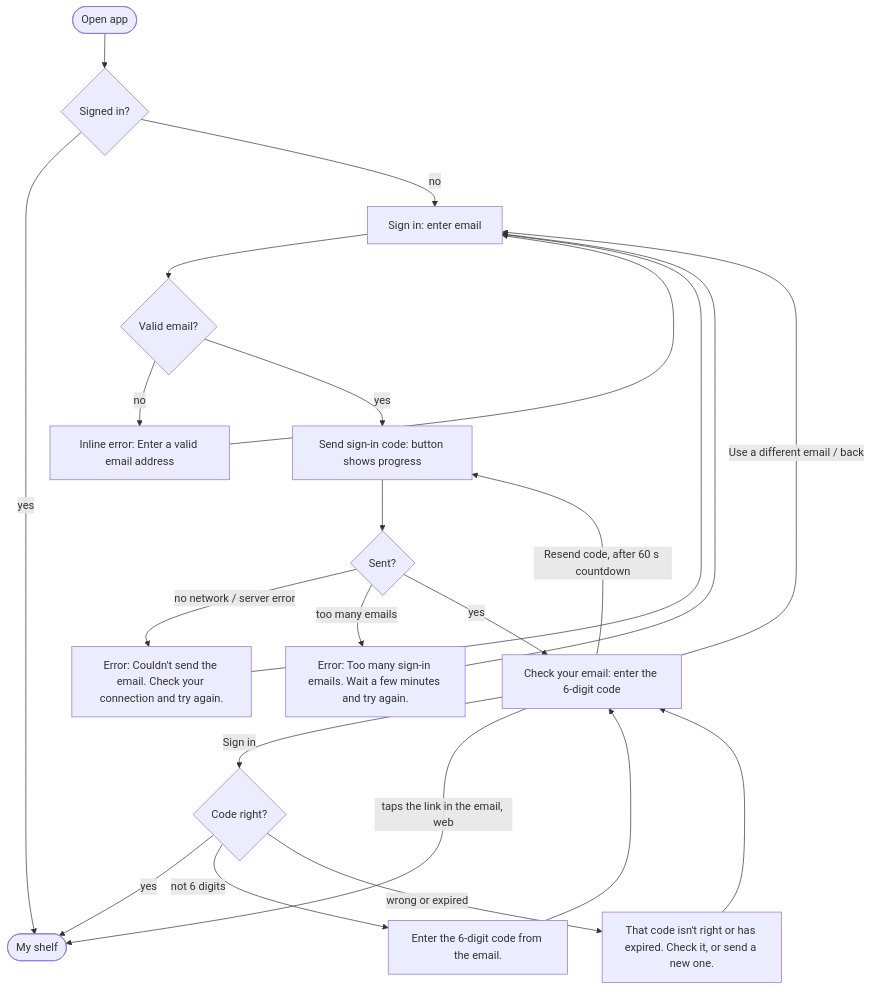
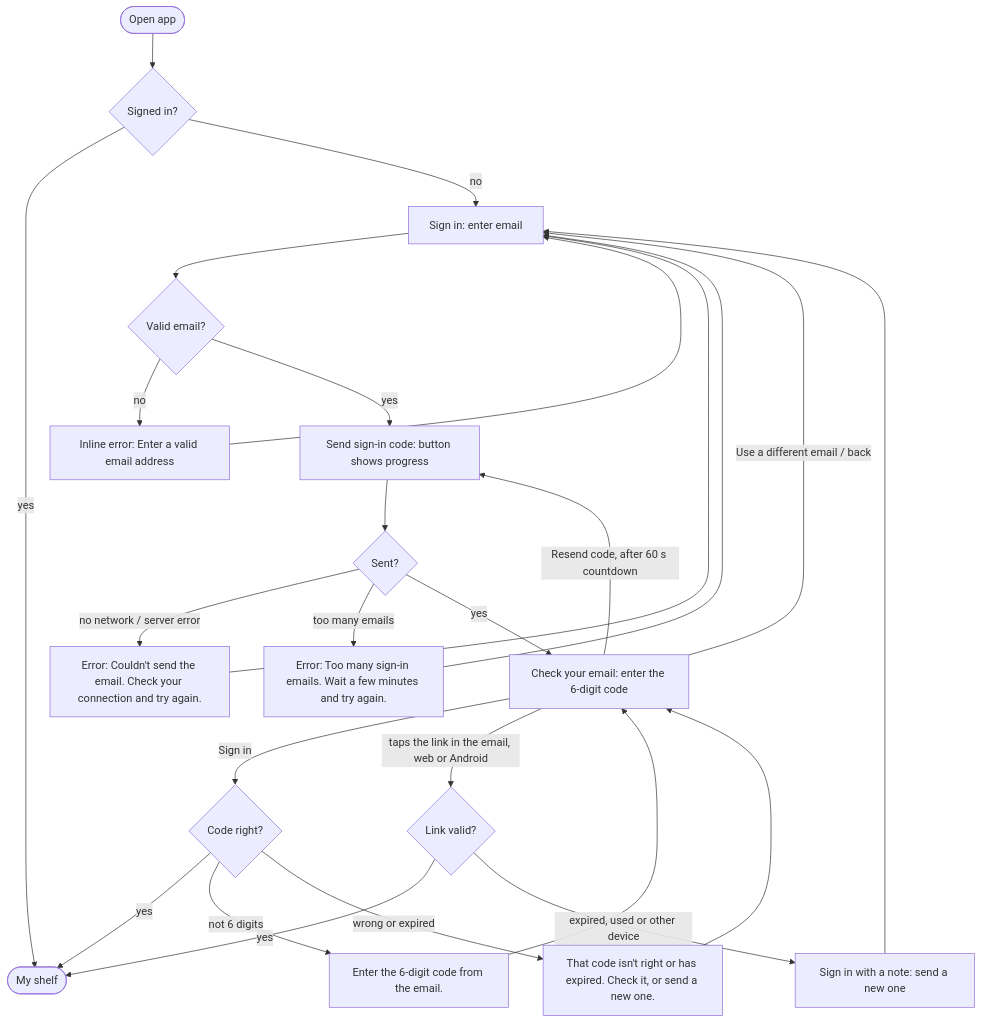
One commit to Schwub/shelf changed the first of 8 diagrams in docs/design/flows.md. Above: the diagram before and after it, drawn with Mermaid. The commit also changed other lines of this file and 10 other files, not shown here.

First line of the commit message:
Open the sign-in link in the Android app (TASK-20)

````diff
--- a/docs/design/flows.md
+++ b/docs/design/flows.md
@@ -14,20 +14,22 @@
 ```mermaid
 flowchart TD
   open([Open app]) --> session{Signed in?}
   session -- yes --> shelf([My shelf])
   session -- no --> signin[Sign in: enter email]
   signin --> valid{Valid email?}
   valid -- no --> invalidErr[Inline error: Enter a valid email address] --> signin
   valid -- yes --> send[Send sign-in code: button shows progress]
   send --> sent{Sent?}
   sent -- no network / server error --> sendErr[Error: Couldn't send the email. Check your connection and try again.] --> signin
   sent -- too many emails --> limitErr[Error: Too many sign-in emails. Wait a few minutes and try again.] --> signin
   sent -- yes --> check[Check your email: enter the 6-digit code]
   check -- Sign in --> code{Code right?}
   code -- yes --> shelf
   code -- not 6 digits --> digitsErr[Enter the 6-digit code from the email.] --> check
   code -- wrong or expired --> codeErr[That code isn't right or has expired. Check it, or send a new one.] --> check
   check -- Resend code, after 60 s countdown --> send
   check -- Use a different email / back --> signin
-  check -- taps the link in the email, web --> shelf
+  check -- taps the link in the email, web or Android --> link{Link valid?}
+  link -- yes --> shelf
+  link -- expired, used or other device --> linkErr[Sign in with a note: send a new one] --> signin
 ```
````
